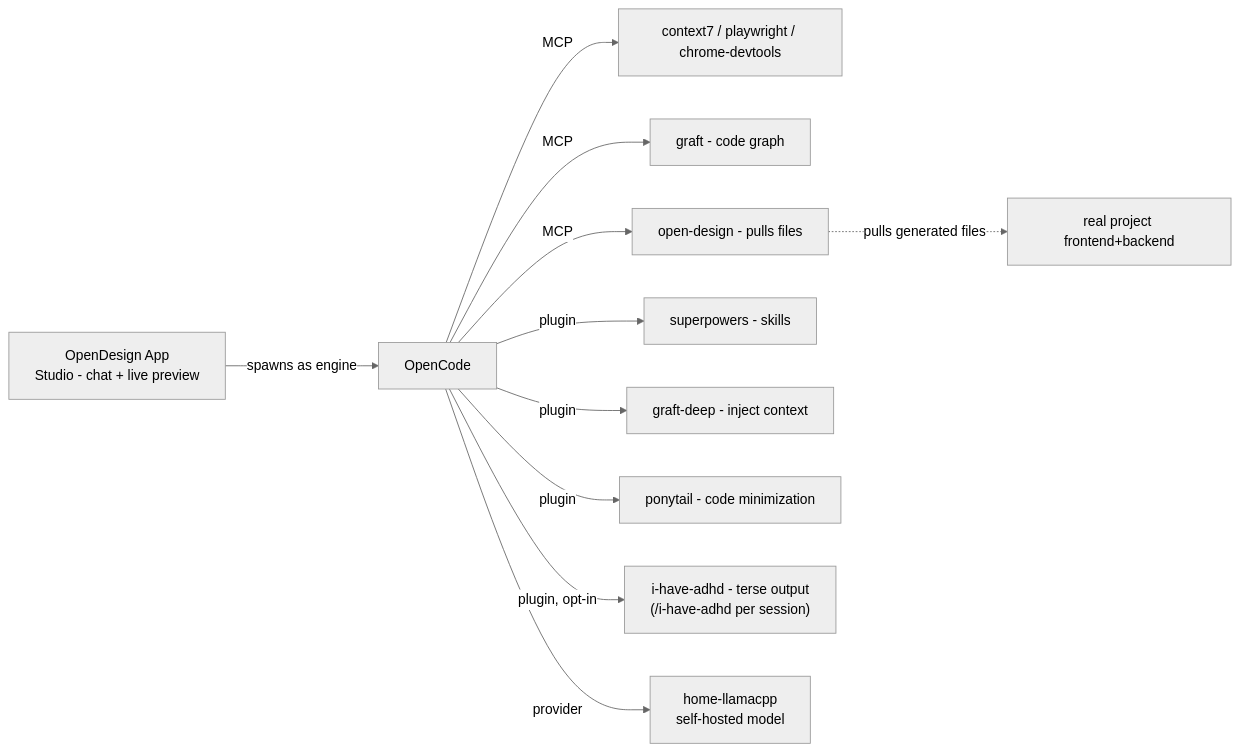
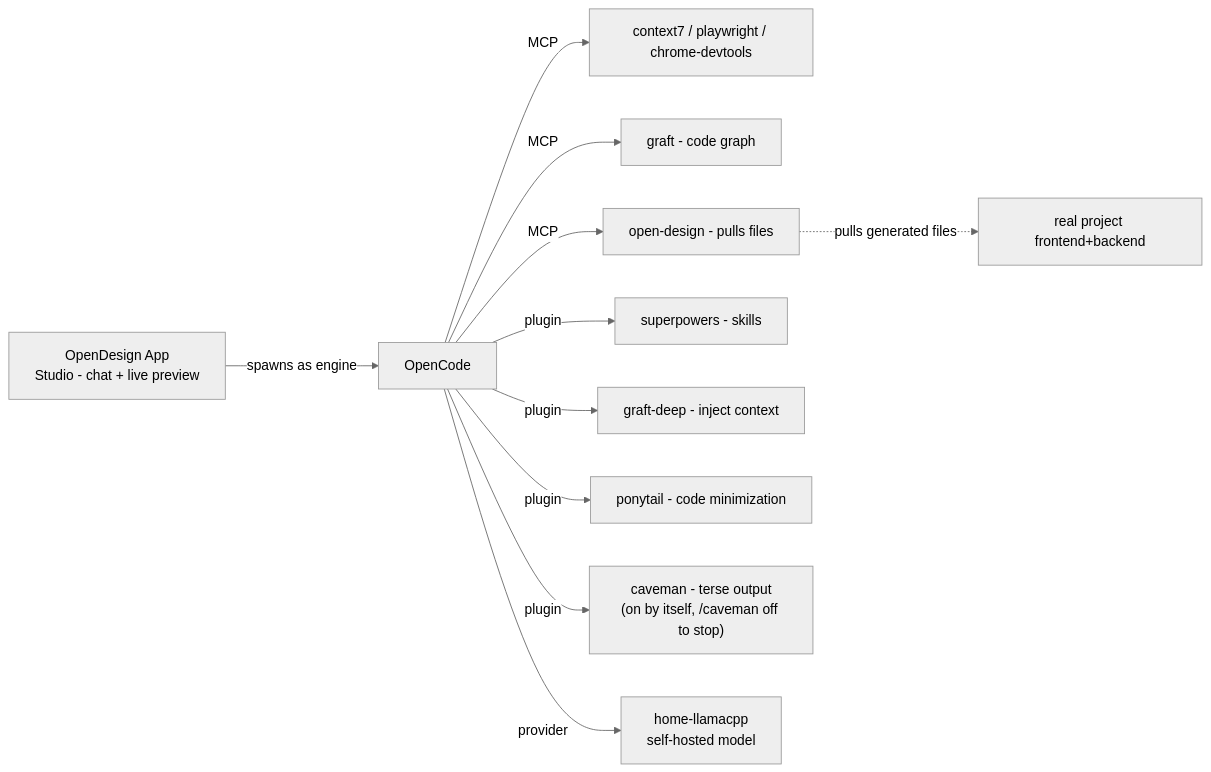
One commit to adcident12/my-manual-opencode changed the second of 4 diagrams in en/USER-MANUAL.md. Above: the diagram before and after it, drawn with Mermaid (neutral theme). The commit also changed other lines of this file and 47 other files, not shown here.

````diff
--- a/en/USER-MANUAL.md
+++ b/en/USER-MANUAL.md
@@ -30,13 +181,13 @@
 ```mermaid
 graph LR
     A[OpenDesign App<br/>Studio - chat + live preview] -->|spawns as engine| B[OpenCode]
     B -->|MCP| C[context7 / playwright / chrome-devtools]
     B -->|MCP| D[graft - code graph]
     B -->|MCP| E[open-design - pulls files]
     B -->|plugin| F[superpowers - skills]
     B -->|plugin| G[graft-deep - inject context]
     B -->|plugin| L[ponytail - code minimization]
-    B -->|plugin, opt-in| M["i-have-adhd - terse output<br/>(/i-have-adhd per session)"]
+    B -->|plugin| M["caveman - terse output<br/>(on by itself, /caveman off to stop)"]
     B -->|provider| H[home-llamacpp<br/>self-hosted model]
     E -.->|pulls generated files| I[real project frontend+backend]
 ```
````
